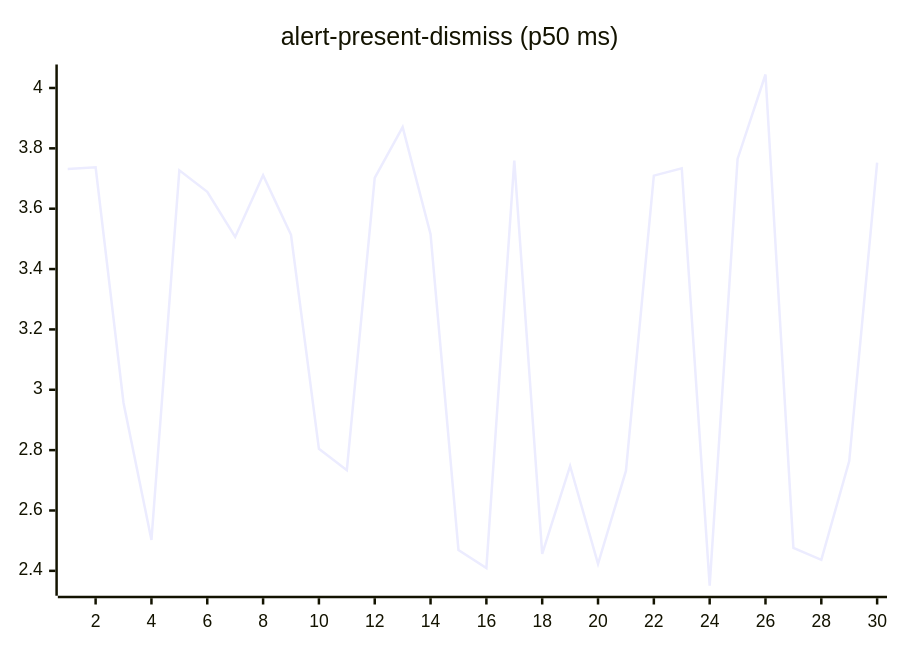
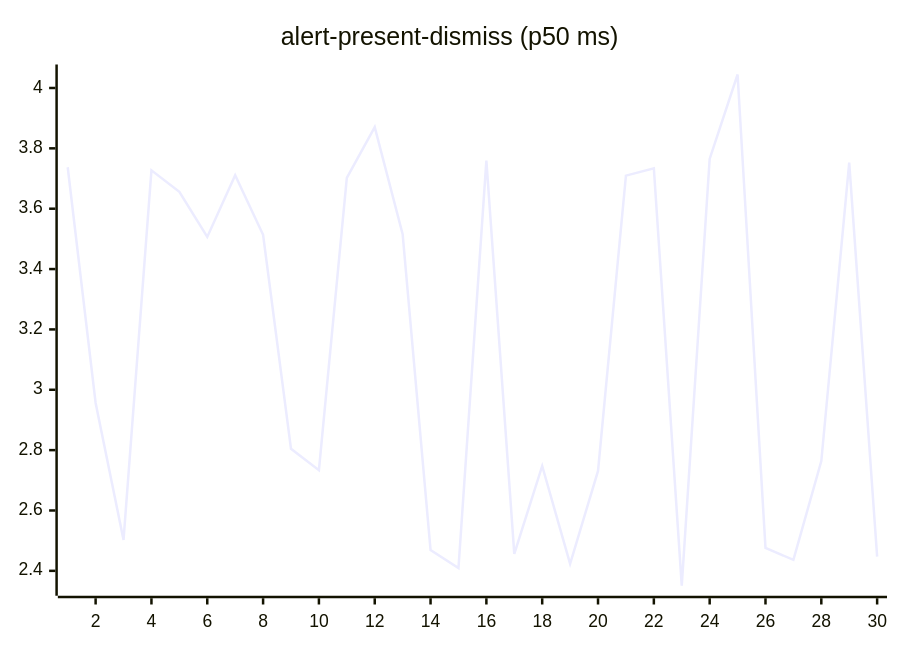
The second of 27 diagrams in README.md (josha/Facet), drawn with Mermaid before and after one commit. The commit also changed other lines of this file and 2 other files, not shown here.

````diff
--- a/README.md
+++ b/README.md
@@ -70,6 +70,6 @@
 ```mermaid
 xychart-beta
     title "alert-present-dismiss (p50 ms)"
     x-axis 1 --> 30
-    line [3.7318, 3.7373, 2.9562, 2.5024, 3.7273, 3.6562, 3.5064, 3.7112, 3.5136, 2.8044, 2.7337, 3.7022, 3.8703, 3.5157, 2.4688, 2.4093, 3.7592, 2.4564, 2.7475, 2.4232, 2.7312, 3.7096, 3.7340, 2.3506, 3.7650, 4.0447, 2.4759, 2.4363, 2.7635, 3.7527]
+    line [3.7373, 2.9562, 2.5024, 3.7273, 3.6562, 3.5064, 3.7112, 3.5136, 2.8044, 2.7337, 3.7022, 3.8703, 3.5157, 2.4688, 2.4093, 3.7592, 2.4564, 2.7475, 2.4232, 2.7312, 3.7096, 3.7340, 2.3506, 3.7650, 4.0447, 2.4759, 2.4363, 2.7635, 3.7527, 2.4474]
 ```
````
